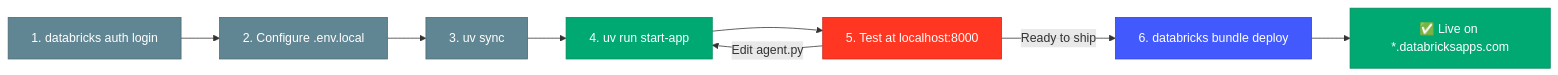
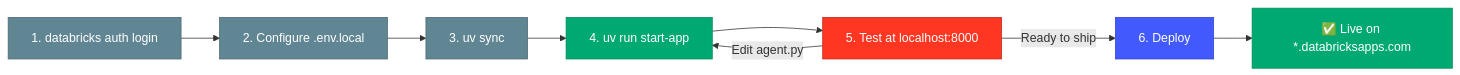
The fourth of 4 diagrams in 01-introduction/README.md (natefleming/agents-on-apps-workshop), drawn with Mermaid before and after one commit. The commit also changed other lines of this file and 6 other files, not shown here.

````diff
--- a/01-introduction/README.md
+++ b/01-introduction/README.md
@@ -362,18 +364,18 @@
 ```mermaid
 graph LR
     A["1. databricks auth login"] --> B["2. Configure .env.local"]
     B --> C["3. uv sync"]
     C --> D["4. uv run start-app"]
     D --> E["5. Test at localhost:8000"]
     E -- "Edit agent.py" --> D
-    E -- "Ready to ship" --> F["6. databricks bundle deploy"]
+    E -- "Ready to ship" --> F["6. Deploy"]
     F --> G["✅ Live on *.databricksapps.com"]
 
     style A fill:#618693,stroke:#4a6a75,color:#fff
     style B fill:#618693,stroke:#4a6a75,color:#fff
     style C fill:#618693,stroke:#4a6a75,color:#fff
     style D fill:#00A972,stroke:#008a5c,color:#fff
     style E fill:#FF3621,stroke:#c42a1a,color:#fff
     style F fill:#4259FE,stroke:#2f44d4,color:#fff
     style G fill:#00A972,stroke:#008a5c,color:#fff
 ```
````
